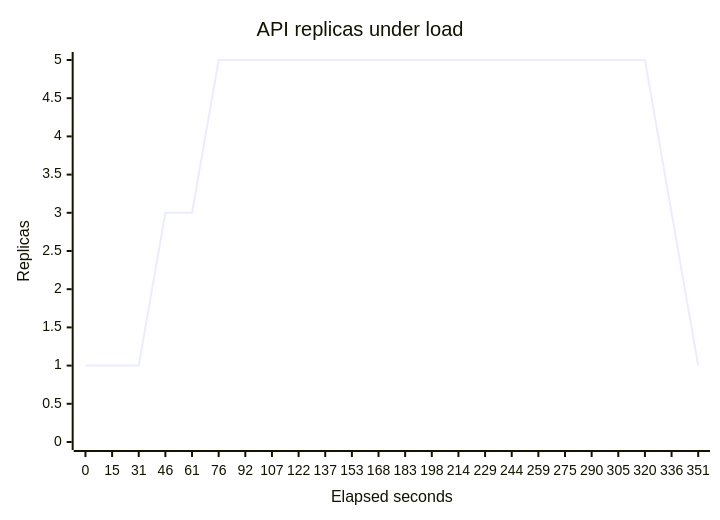
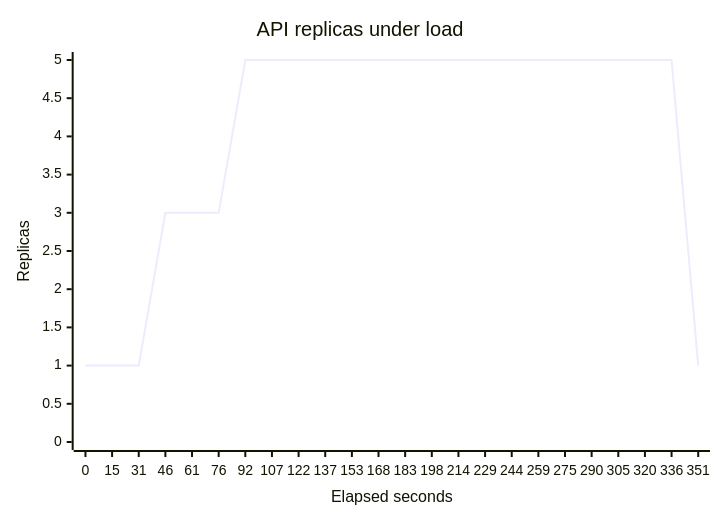
One commit to Kartik-Hirijaganer/FraudLens changed the first of 2 diagrams in docs/reference/benchmarks/k8s-hpa-scaling.md. Above: the diagram before and after it, drawn with Mermaid. The commit also changed other lines of this file and 84 other files, not shown here.

````diff
--- a/docs/reference/benchmarks/k8s-hpa-scaling.md
+++ b/docs/reference/benchmarks/k8s-hpa-scaling.md
@@ -16,7 +16,7 @@
 ```mermaid
 xychart-beta
     title "API replicas under load"
     x-axis "Elapsed seconds" [0, 15, 31, 46, 61, 76, 92, 107, 122, 137, 153, 168, 183, 198, 214, 229, 244, 259, 275, 290, 305, 320, 336, 351]
     y-axis "Replicas" 0 --> 5
-    line [1, 1, 1, 3, 3, 5, 5, 5, 5, 5, 5, 5, 5, 5, 5, 5, 5, 5, 5, 5, 5, 5, 3, 1]
+    line [1, 1, 1, 3, 3, 3, 5, 5, 5, 5, 5, 5, 5, 5, 5, 5, 5, 5, 5, 5, 5, 5, 5, 1]
 ```
````
